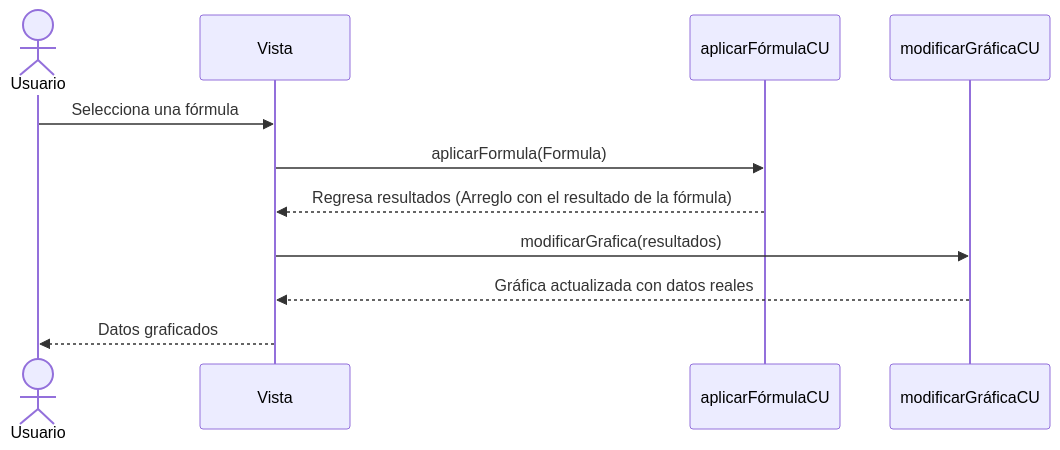
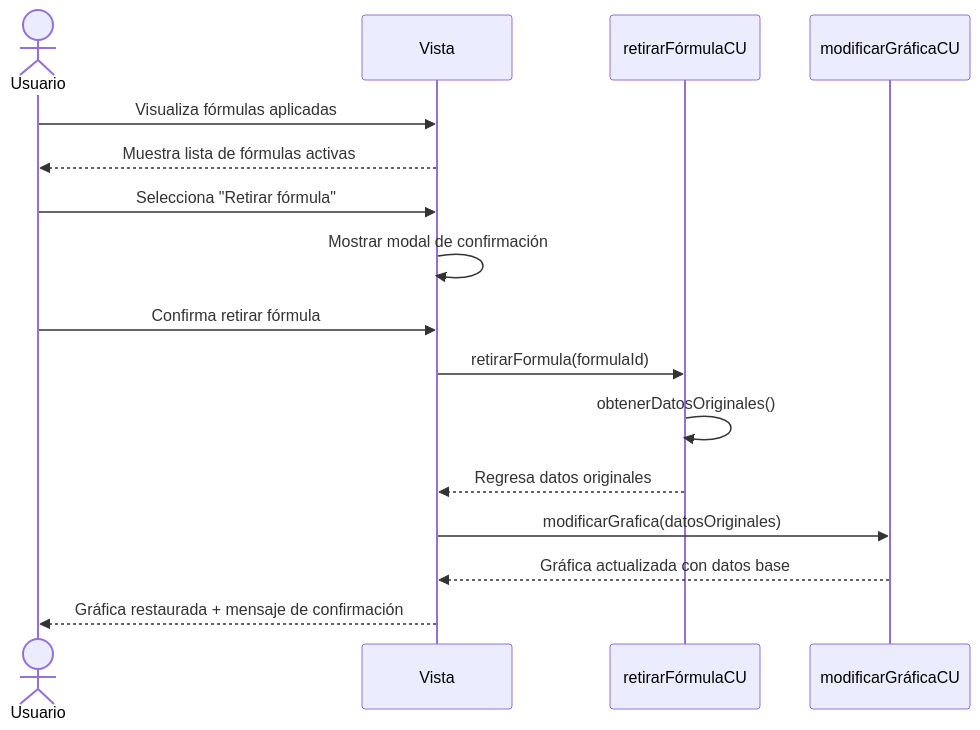
Before and after one commit to CodeAnd-Co/Documentacion: the diagram in documentation/docs/proyectos/tractores/documentacion/requisitos/RF30.md, drawn with Mermaid. The commit also changed other lines of this file and 10 other files, not shown here.

````diff
--- a/documentation/docs/proyectos/tractores/documentacion/requisitos/RF30.md
+++ b/documentation/docs/proyectos/tractores/documentacion/requisitos/RF30.md
@@ -36,17 +26,26 @@
 ```mermaid
 sequenceDiagram
+actor Usuario
     actor Usuario
     participant Plataforma as Vista
-    participant UC1 as aplicarFórmulaCU
+    participant UC1 as retirarFórmulaCU
     participant UC2 as modificarGráficaCU
 
-    Usuario->>Plataforma: Selecciona una fórmula
-    Plataforma->>UC1: aplicarFormula(Formula)
-    UC1-->>Plataforma: Regresa resultados (Arreglo con el resultado de la fórmula)
-    Plataforma->>UC2: modificarGrafica(resultados)
-    UC2-->>Plataforma: Gráfica actualizada con datos reales
-    Plataforma-->>Usuario: Datos graficados
+    Usuario->>Plataforma: Visualiza fórmulas aplicadas
+    Plataforma-->>Usuario: Muestra lista de fórmulas activas
+    
+    Usuario->>Plataforma: Selecciona "Retirar fórmula"
+    Plataforma->>Plataforma: Mostrar modal de confirmación
+    Usuario->>Plataforma: Confirma retirar fórmula
+    
+    Plataforma->>UC1: retirarFormula(formulaId)
+    UC1->>UC1: obtenerDatosOriginales()
+    UC1-->>Plataforma: Regresa datos originales
+    
+    Plataforma->>UC2: modificarGrafica(datosOriginales)
+    UC2-->>Plataforma: Gráfica actualizada con datos base
+    Plataforma-->>Usuario: Gráfica restaurada + mensaje de confirmación
     
   
     
 ```
````
